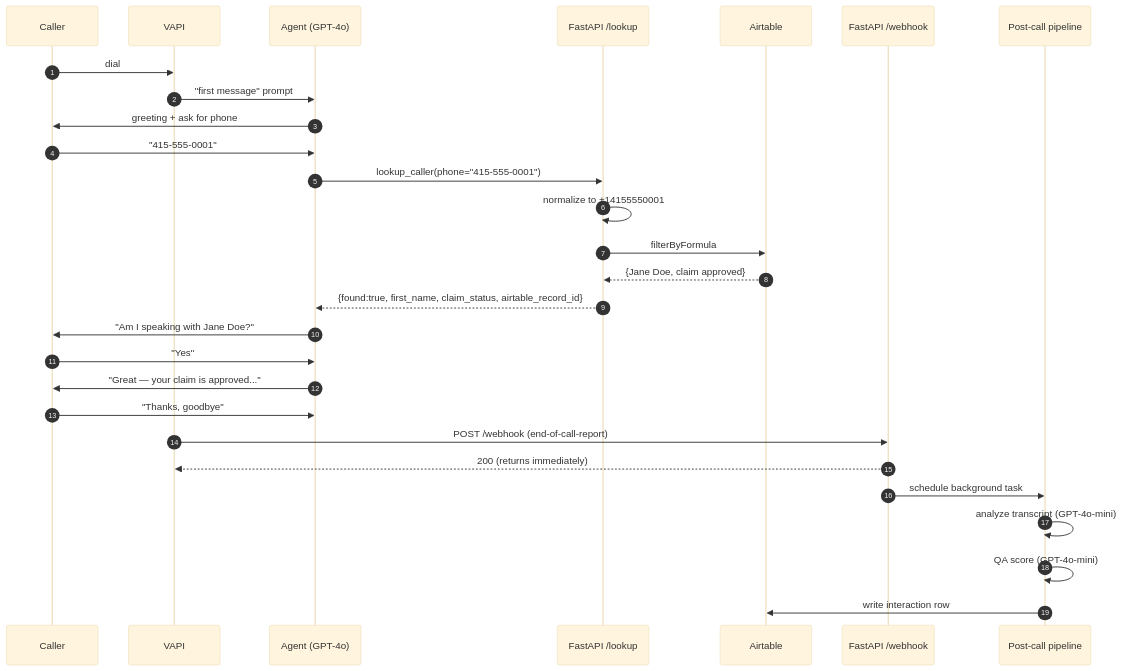
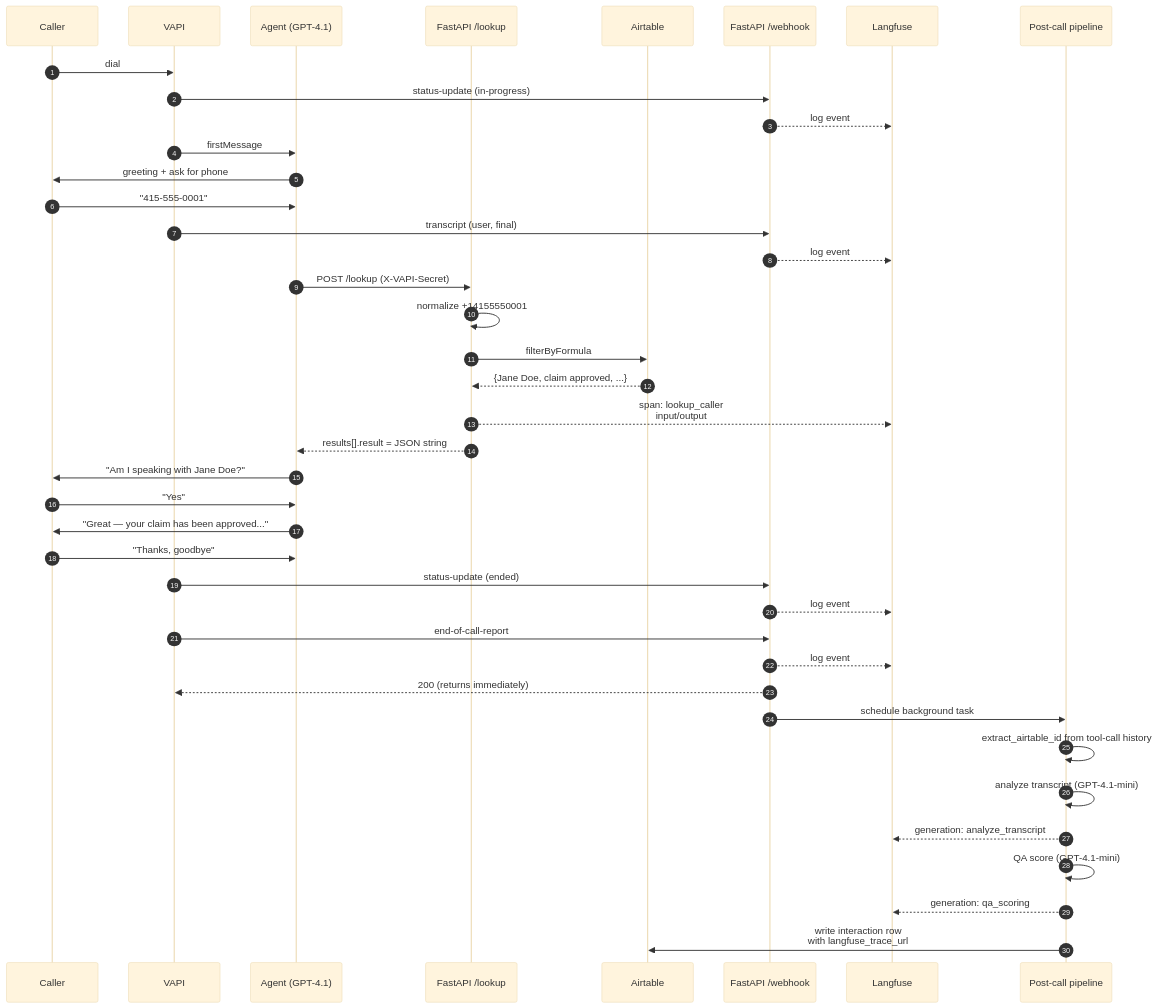
Before and after one commit to ashu05g/ObserveAI_TakeHome_Asses: the third of 4 diagrams in docs/ARCHITECTURE.md, drawn with Mermaid (base theme). The commit also changed other lines of this file and 9 other files, not shown here.

````diff
--- a/docs/ARCHITECTURE.md
+++ b/docs/ARCHITECTURE.md
@@ -49,31 +95,43 @@
 ```mermaid
 sequenceDiagram
     autonumber
     participant C as Caller
     participant V as VAPI
-    participant A as Agent (GPT-4o)
+    participant A as Agent (GPT-4.1)
     participant API as FastAPI /lookup
     participant AT as Airtable
     participant H as FastAPI /webhook
+    participant LF as Langfuse
     participant P as Post-call pipeline
 
     C->>V: dial
-    V->>A: "first message" prompt
+    V->>H: status-update (in-progress)
+    H-->>LF: log event
+    V->>A: firstMessage
     A->>C: greeting + ask for phone
     C->>A: "415-555-0001"
-    A->>API: lookup_caller(phone="415-555-0001")
-    API->>API: normalize to +14155550001
+    V->>H: transcript (user, final)
+    H-->>LF: log event
+    A->>API: POST /lookup (X-VAPI-Secret)
+    API->>API: normalize +14155550001
     API->>AT: filterByFormula
-    AT-->>API: {Jane Doe, claim approved}
-    API-->>A: {found:true, first_name, claim_status, airtable_record_id}
+    AT-->>API: {Jane Doe, claim approved, ...}
+    API-->>LF: span: lookup_caller<br/>input/output
+    API-->>A: results[].result = JSON string
     A->>C: "Am I speaking with Jane Doe?"
     C->>A: "Yes"
-    A->>C: "Great — your claim is approved..."
+    A->>C: "Great — your claim has been approved..."
     C->>A: "Thanks, goodbye"
-    V->>H: POST /webhook (end-of-call-report)
+    V->>H: status-update (ended)
+    H-->>LF: log event
+    V->>H: end-of-call-report
+    H-->>LF: log event
     H-->>V: 200 (returns immediately)
     H->>P: schedule background task
-    P->>P: analyze transcript (GPT-4o-mini)
-    P->>P: QA score (GPT-4o-mini)
-    P->>AT: write interaction row
+    P->>P: extract_airtable_id from tool-call history
+    P->>P: analyze transcript (GPT-4.1-mini)
+    P-->>LF: generation: analyze_transcript
+    P->>P: QA score (GPT-4.1-mini)
+    P-->>LF: generation: qa_scoring
+    P->>AT: write interaction row<br/>with langfuse_trace_url
 ```
````
